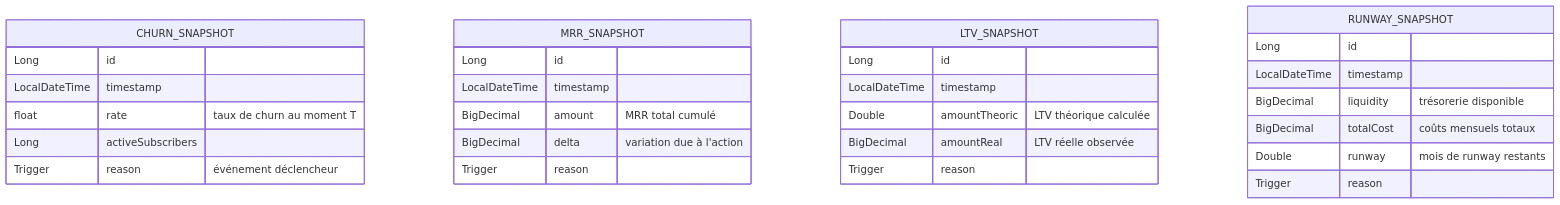
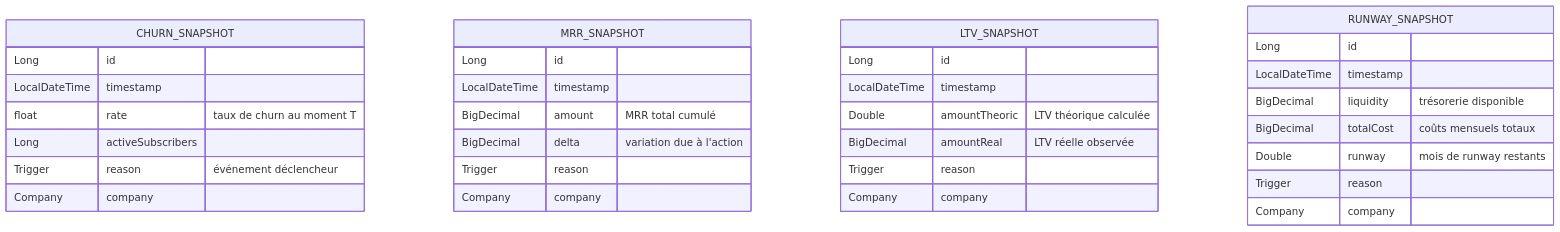
Before and after one commit to dorian-verney/Start-up-Insights-Engine: the second of 2 diagrams in Tables.md, drawn with Mermaid. The commit also changed other lines of this file and 37 other files, not shown here.

````diff
--- a/Tables.md
+++ b/Tables.md
@@ -58,35 +61,39 @@
 ```mermaid
 erDiagram
     CHURN_SNAPSHOT {
         Long          id               
         LocalDateTime timestamp
         float         rate              "taux de churn au moment T"
         Long          activeSubscribers
         Trigger       reason            "événement déclencheur"
+        Company       company
     }
  
     MRR_SNAPSHOT {
         Long          id         
         LocalDateTime timestamp
         BigDecimal    amount     "MRR total cumulé"
         BigDecimal    delta      "variation due à l'action"
         Trigger       reason
+        Company       company
     }
  
     LTV_SNAPSHOT {
         Long          id              
         LocalDateTime timestamp
         Double        amountTheoric   "LTV théorique calculée"
         BigDecimal    amountReal      "LTV réelle observée"
         Trigger       reason
+        Company       company
     }
  
     RUNWAY_SNAPSHOT {
         Long          id         
         LocalDateTime timestamp
         BigDecimal    liquidity  "trésorerie disponible"
         BigDecimal    totalCost  "coûts mensuels totaux"
         Double        runway     "mois de runway restants"
         Trigger       reason
+        Company       company
     }
 ```
````
